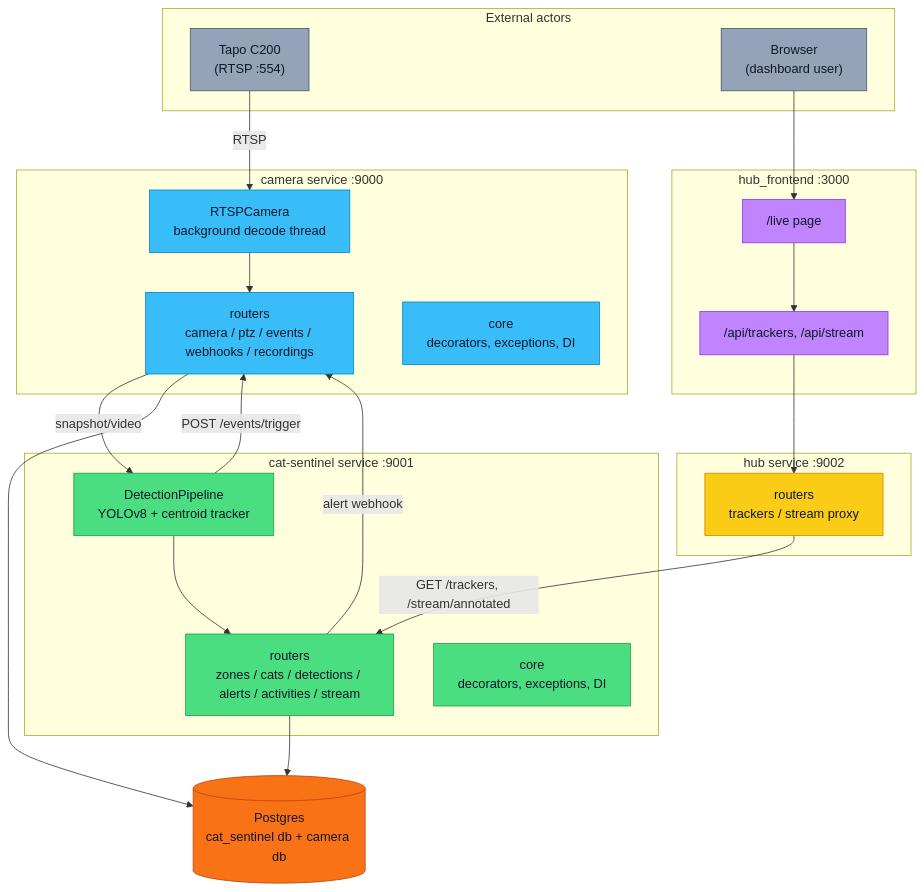
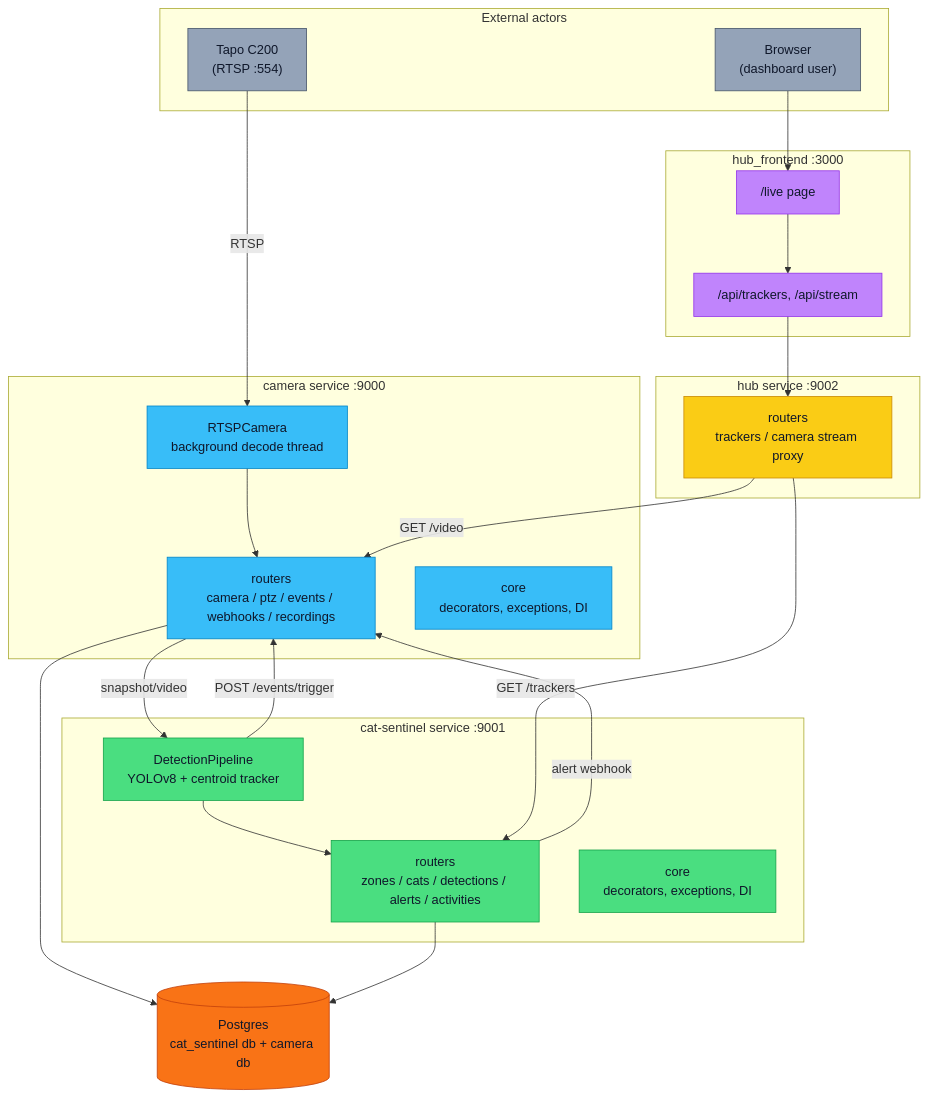
Before and after one commit to acidbutter96/cat_sentinel: the first of 3 diagrams in README.md, drawn with Mermaid. The commit also changed other lines of this file and 111 other files, not shown here.

````diff
--- a/README.md
+++ b/README.md
@@ -24,58 +24,59 @@
 ```mermaid
 flowchart TB
     subgraph external["External actors"]
         cam["Tapo C200<br/>(RTSP :554)"]
         user["Browser<br/>(dashboard user)"]
     end
 
     subgraph camerasvc["camera service :9000"]
         camrouter["routers<br/>camera / ptz / events / webhooks / recordings"]
         camcore["core<br/>decorators, exceptions, DI"]
         rtsp["RTSPCamera<br/>background decode thread"]
     end
 
     subgraph catsvc["cat-sentinel service :9001"]
-        catrouter["routers<br/>zones / cats / detections / alerts / activities / stream"]
+        catrouter["routers<br/>zones / cats / detections / alerts / activities"]
         catcore["core<br/>decorators, exceptions, DI"]
         pipeline["DetectionPipeline<br/>YOLOv8 + centroid tracker"]
     end
 
     subgraph hubsvc["hub service :9002"]
-        hubrouter["routers<br/>trackers / stream proxy"]
+        hubrouter["routers<br/>trackers / camera stream proxy"]
     end
 
     subgraph fe["hub_frontend :3000"]
         feroutes["/api/trackers, /api/stream"]
         fepage["/live page"]
     end
 
     pg[("Postgres<br/>cat_sentinel db + camera db")]
 
     cam -->|RTSP| rtsp
     rtsp --> camrouter
     camrouter -->|snapshot/video| pipeline
     pipeline -->|POST /events/trigger| camrouter
     pipeline --> catrouter
     catrouter -->|alert webhook| camrouter
     camrouter --> pg
     catrouter --> pg
 
-    hubrouter -->|GET /trackers, /stream/annotated| catrouter
+    hubrouter -->|GET /trackers| catrouter
+    hubrouter -->|GET /video| camrouter
     feroutes --> hubrouter
     fepage --> feroutes
     user --> fepage
 
     classDef ext fill:#94a3b8,stroke:#475569,color:#0f172a
     classDef cam fill:#38bdf8,stroke:#0284c7,color:#0f172a
     classDef cat fill:#4ade80,stroke:#16a34a,color:#0f172a
     classDef hub fill:#facc15,stroke:#ca8a04,color:#0f172a
     classDef front fill:#c084fc,stroke:#9333ea,color:#0f172a
     classDef store fill:#f97316,stroke:#c2410c,color:#0f172a
 
     class cam,user ext
     class camrouter,camcore,rtsp cam
     class catrouter,catcore,pipeline cat
     class hubrouter hub
     class feroutes,fepage front
     class pg store
 ```
````
